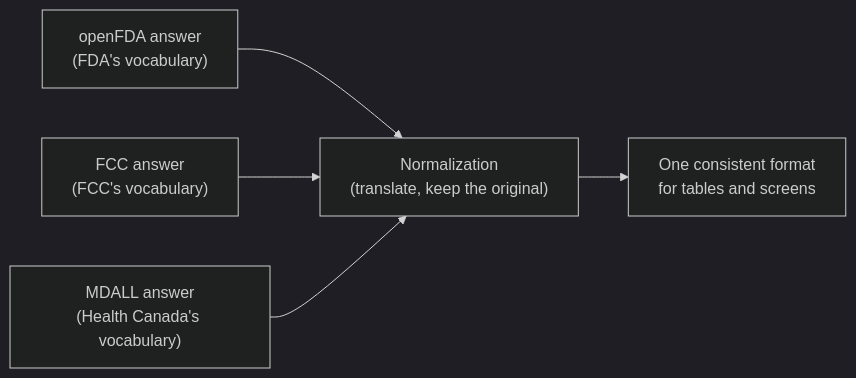
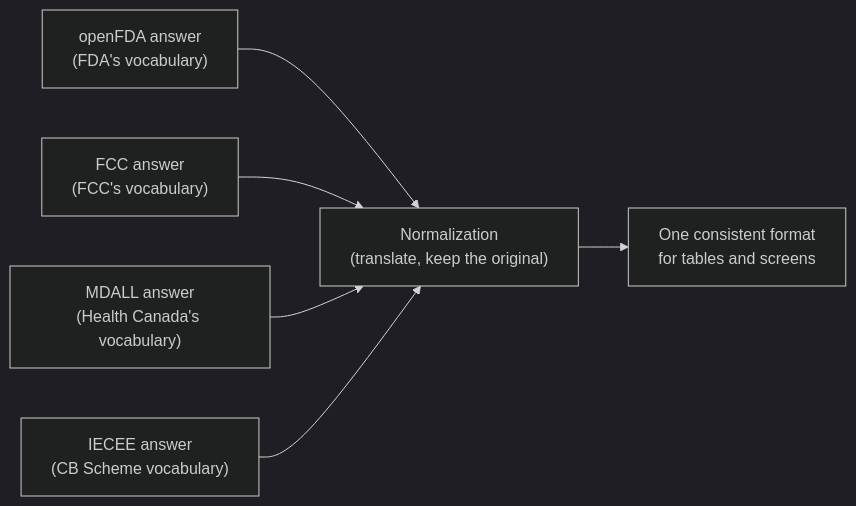
The diagram in guide/03-where-the-data-comes-from.md (ahmedbins/fda_device), drawn with Mermaid (dark theme) before and after one commit. The commit also changed other lines of this file and 37 other files, not shown here.

````diff
--- a/guide/03-where-the-data-comes-from.md
+++ b/guide/03-where-the-data-comes-from.md
@@ -62,7 +66,8 @@
 ```mermaid
 flowchart LR
   FDA["openFDA answer<br/>(FDA's vocabulary)"] --> N["Normalization<br/>(translate, keep the original)"]
   FCC["FCC answer<br/>(FCC's vocabulary)"] --> N
   HC["MDALL answer<br/>(Health Canada's vocabulary)"] --> N
+  IE["IECEE answer<br/>(CB Scheme vocabulary)"] --> N
   N --> T["One consistent format<br/>for tables and screens"]
 ```
````
